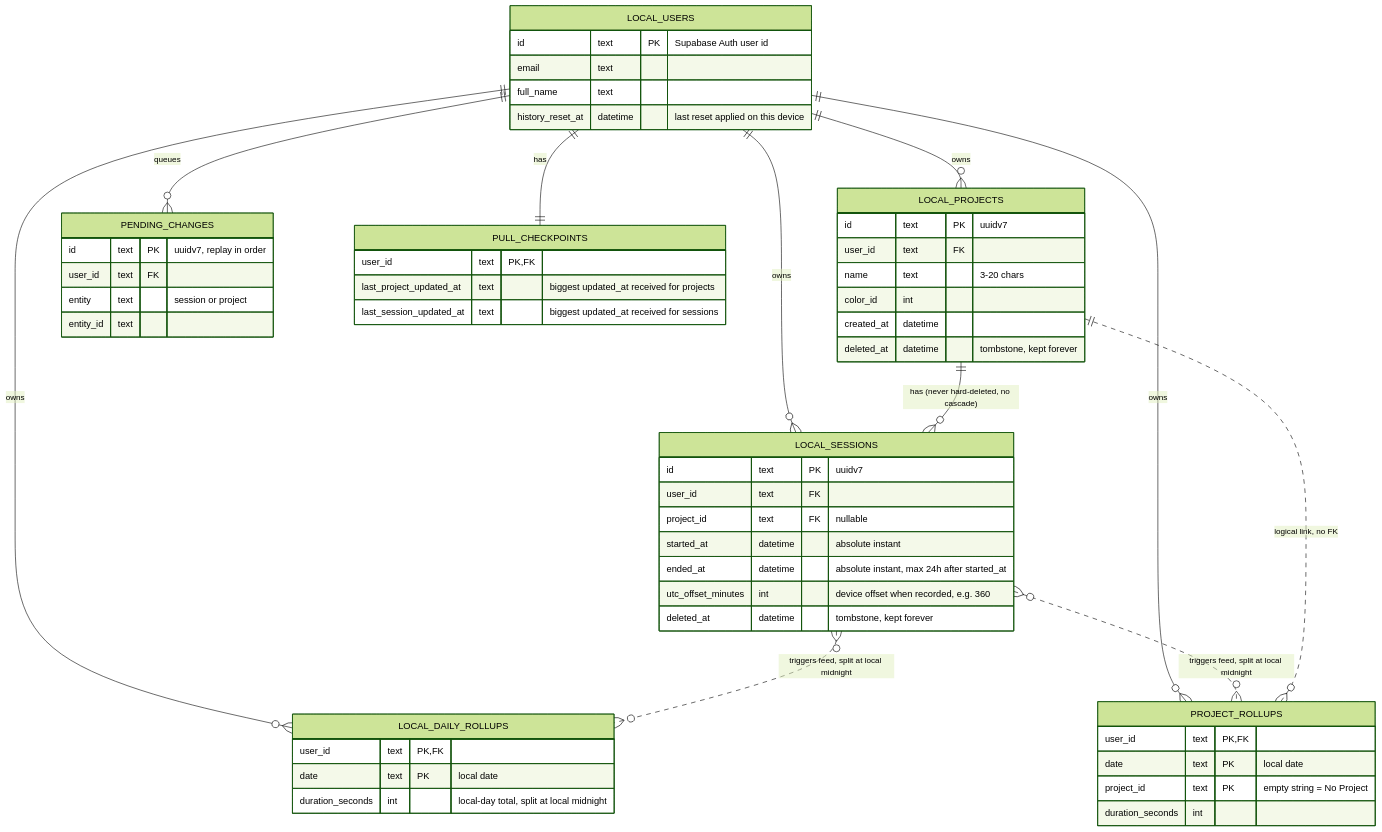
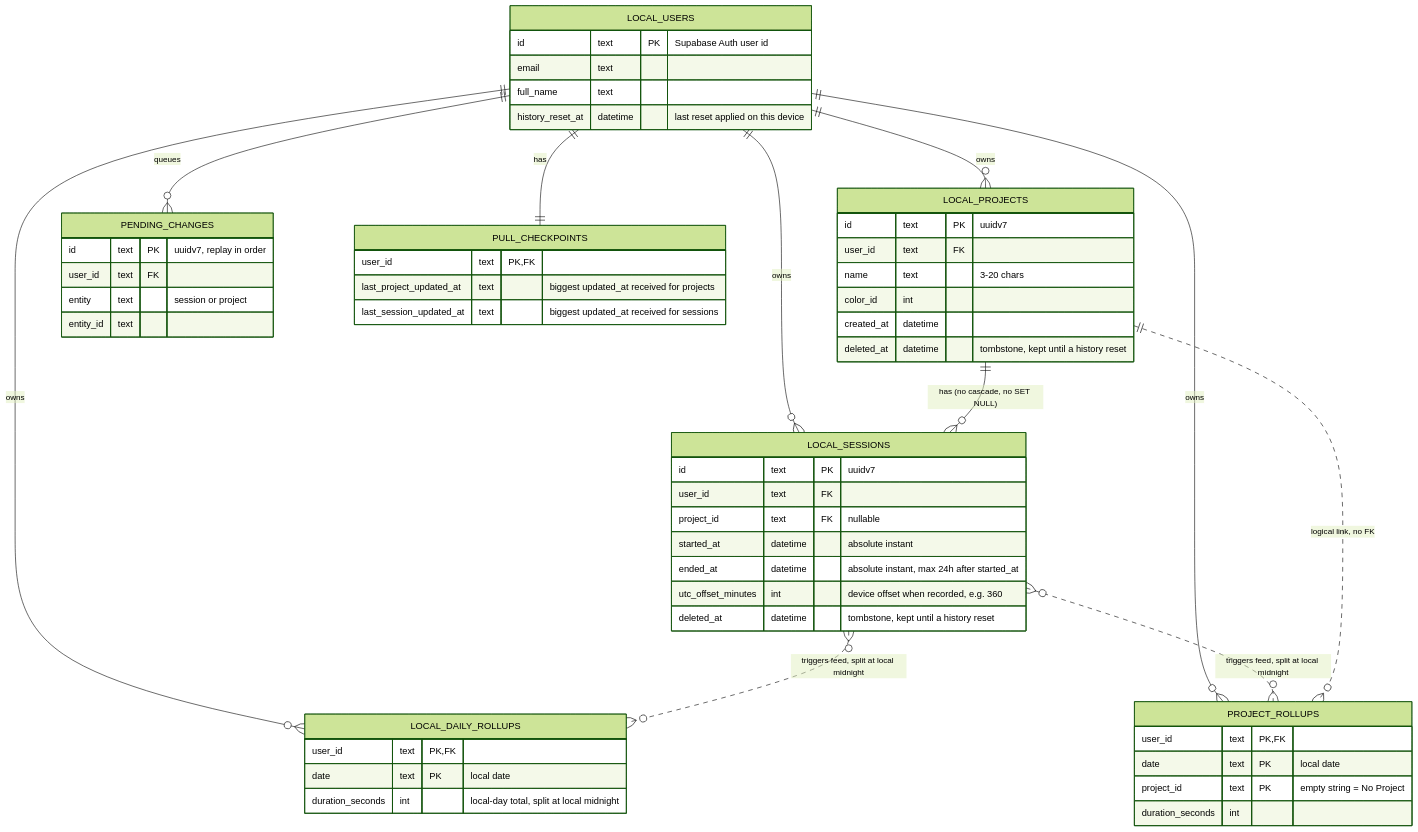
The second of 3 diagrams in README.md (sardaar-niamotullah/tarkeez), drawn with Mermaid (forest theme) before and after one commit. The commit also changed other lines of this file and 1 other file, not shown here.

````diff
--- a/README.md
+++ b/README.md
@@ -287,59 +294,59 @@
 ```mermaid
 erDiagram
   LOCAL_USERS ||--o{ LOCAL_PROJECTS : owns
   LOCAL_USERS ||--o{ LOCAL_SESSIONS : owns
   LOCAL_USERS ||--o{ LOCAL_DAILY_ROLLUPS : owns
   LOCAL_USERS ||--o{ PROJECT_ROLLUPS : owns
   LOCAL_USERS ||--o{ PENDING_CHANGES : queues
   LOCAL_USERS ||--|| PULL_CHECKPOINTS : has
-  LOCAL_PROJECTS ||--o{ LOCAL_SESSIONS : "has (never hard-deleted, no cascade)"
+  LOCAL_PROJECTS ||--o{ LOCAL_SESSIONS : "has (no cascade, no SET NULL)"
   LOCAL_SESSIONS }o..o{ LOCAL_DAILY_ROLLUPS : "triggers feed, split at local midnight"
   LOCAL_SESSIONS }o..o{ PROJECT_ROLLUPS : "triggers feed, split at local midnight"
   LOCAL_PROJECTS ||..o{ PROJECT_ROLLUPS : "logical link, no FK"
 
   LOCAL_USERS {
     id text PK "Supabase Auth user id"
     email text
     full_name text
     history_reset_at datetime "last reset applied on this device"
   }
   LOCAL_PROJECTS {
     id text PK "uuidv7"
     user_id text FK
     name text "3-20 chars"
     color_id int
     created_at datetime
-    deleted_at datetime "tombstone, kept forever"
+    deleted_at datetime "tombstone, kept until a history reset"
   }
   LOCAL_SESSIONS {
     id text PK "uuidv7"
     user_id text FK
     project_id text FK "nullable"
     started_at datetime "absolute instant"
     ended_at datetime "absolute instant, max 24h after started_at"
     utc_offset_minutes int "device offset when recorded, e.g. 360"
-    deleted_at datetime "tombstone, kept forever"
+    deleted_at datetime "tombstone, kept until a history reset"
   }
   LOCAL_DAILY_ROLLUPS {
     user_id text PK, FK
     date text PK "local date"
     duration_seconds int "local-day total, split at local midnight"
   }
   PROJECT_ROLLUPS {
     user_id text PK, FK
     date text PK "local date"
     project_id text PK "empty string = No Project"
     duration_seconds int
   }
   PENDING_CHANGES {
     id text PK "uuidv7, replay in order"
     user_id text FK
     entity text "session or project"
     entity_id text
   }
   PULL_CHECKPOINTS {
     user_id text PK, FK
     last_project_updated_at text "biggest updated_at received for projects"
     last_session_updated_at text "biggest updated_at received for sessions"
   }
 ```
````
